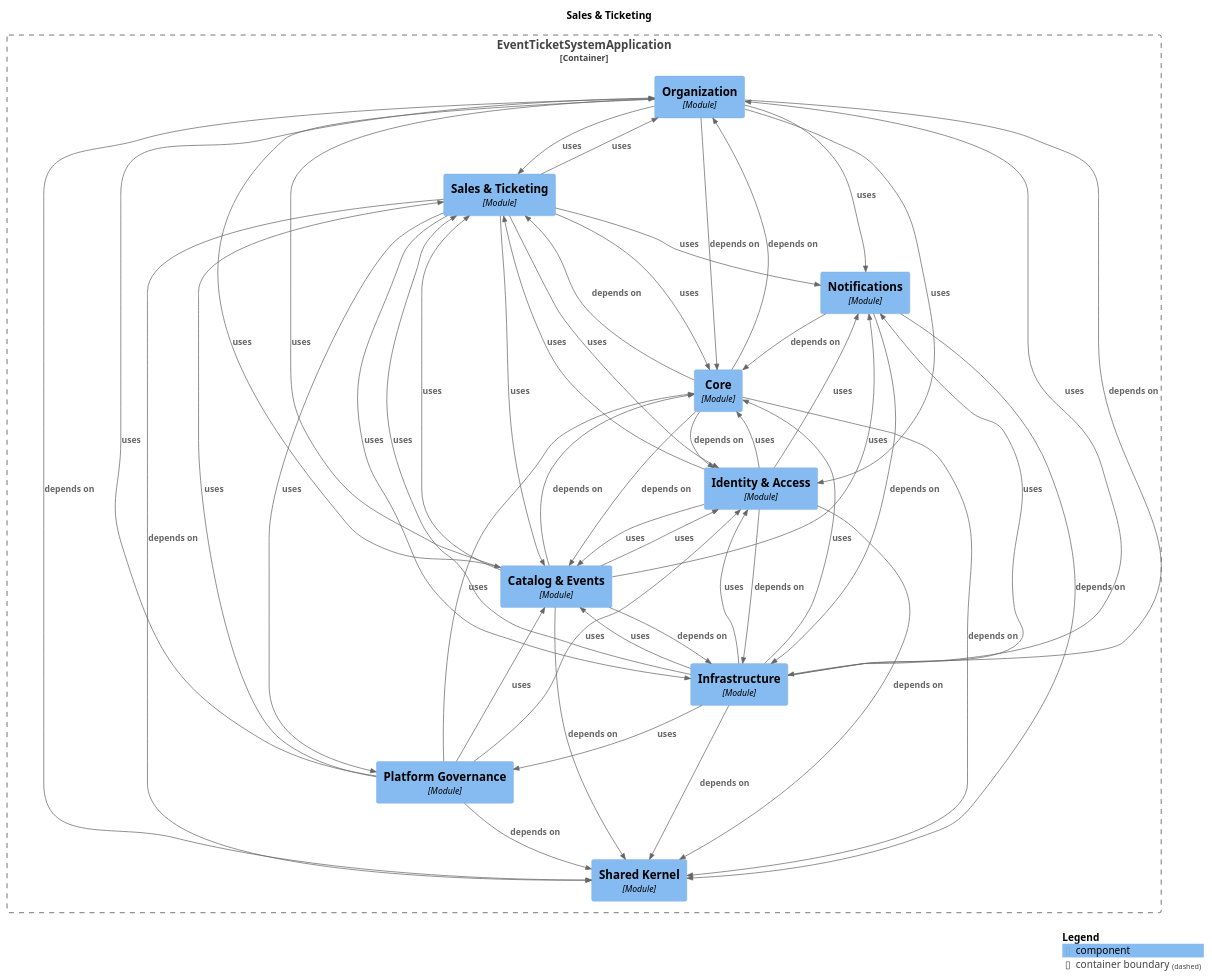
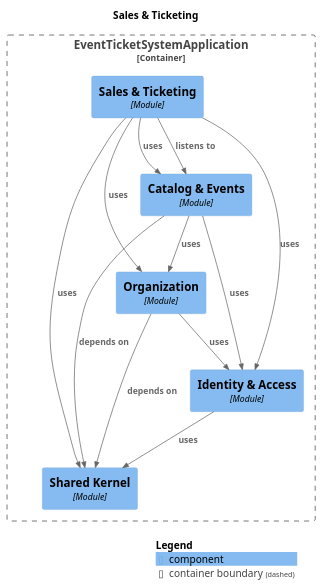
One commit to NaimElijah/Ticketeer changed the diagram in docs/architecture/module-sales.puml. Above: the diagram before and after it, drawn with PlantUML. The commit also changed 566 other files, not shown here.

```diff
--- a/docs/architecture/module-sales.puml
+++ b/docs/architecture/module-sales.puml
@@ -1,75 +1,32 @@
 @startuml
 set separator none
 title Sales & Ticketing
 
 top to bottom direction
 
 !include <C4/C4>
 !include <C4/C4_Context>
 !include <C4/C4_Component>
 
 Container_Boundary("EventTicketSystemApplication.EventTicketSystemApplication_boundary", "EventTicketSystemApplication", $tags="") {
+  Component(EventTicketSystemApplication.EventTicketSystemApplication.SharedKernel, "Shared Kernel", $techn="Module", $descr="", $tags="", $link="")
+  Component(EventTicketSystemApplication.EventTicketSystemApplication.IdentityAccess, "Identity & Access", $techn="Module", $descr="", $tags="", $link="")
   Component(EventTicketSystemApplication.EventTicketSystemApplication.Organization, "Organization", $techn="Module", $descr="", $tags="", $link="")
+  Component(EventTicketSystemApplication.EventTicketSystemApplication.CatalogEvents, "Catalog & Events", $techn="Module", $descr="", $tags="", $link="")
   Component(EventTicketSystemApplication.EventTicketSystemApplication.SalesTicketing, "Sales & Ticketing", $techn="Module", $descr="", $tags="", $link="")
-  Component(EventTicketSystemApplication.EventTicketSystemApplication.SharedKernel, "Shared Kernel", $techn="Module", $descr="", $tags="", $link="")
-  Component(EventTicketSystemApplication.EventTicketSystemApplication.Core, "Core", $techn="Module", $descr="", $tags="", $link="")
-  Component(EventTicketSystemApplication.EventTicketSystemApplication.Infrastructure, "Infrastructure", $techn="Module", $descr="", $tags="", $link="")
-  Component(EventTicketSystemApplication.EventTicketSystemApplication.CatalogEvents, "Catalog & Events", $techn="Module", $descr="", $tags="", $link="")
-  Component(EventTicketSystemApplication.EventTicketSystemApplication.PlatformGovernance, "Platform Governance", $techn="Module", $descr="", $tags="", $link="")
-  Component(EventTicketSystemApplication.EventTicketSystemApplication.IdentityAccess, "Identity & Access", $techn="Module", $descr="", $tags="", $link="")
-  Component(EventTicketSystemApplication.EventTicketSystemApplication.Notifications, "Notifications", $techn="Module", $descr="", $tags="", $link="")
 }
 
+Rel(EventTicketSystemApplication.EventTicketSystemApplication.CatalogEvents, EventTicketSystemApplication.EventTicketSystemApplication.SharedKernel, "depends on", $techn="", $tags="", $link="")
+Rel(EventTicketSystemApplication.EventTicketSystemApplication.CatalogEvents, EventTicketSystemApplication.EventTicketSystemApplication.IdentityAccess, "uses", $techn="", $tags="", $link="")
+Rel(EventTicketSystemApplication.EventTicketSystemApplication.CatalogEvents, EventTicketSystemApplication.EventTicketSystemApplication.Organization, "uses", $techn="", $tags="", $link="")
+Rel(EventTicketSystemApplication.EventTicketSystemApplication.SalesTicketing, EventTicketSystemApplication.EventTicketSystemApplication.CatalogEvents, "listens to", $techn="", $tags="", $link="")
+Rel(EventTicketSystemApplication.EventTicketSystemApplication.SalesTicketing, EventTicketSystemApplication.EventTicketSystemApplication.SharedKernel, "uses", $techn="", $tags="", $link="")
 Rel(EventTicketSystemApplication.EventTicketSystemApplication.SalesTicketing, EventTicketSystemApplication.EventTicketSystemApplication.CatalogEvents, "uses", $techn="", $tags="", $link="")
-Rel(EventTicketSystemApplication.EventTicketSystemApplication.SalesTicketing, EventTicketSystemApplication.EventTicketSystemApplication.Notifications, "uses", $techn="", $tags="", $link="")
 Rel(EventTicketSystemApplication.EventTicketSystemApplication.SalesTicketing, EventTicketSystemApplication.EventTicketSystemApplication.IdentityAccess, "uses", $techn="", $tags="", $link="")
 Rel(EventTicketSystemApplication.EventTicketSystemApplication.SalesTicketing, EventTicketSystemApplication.EventTicketSystemApplication.Organization, "uses", $techn="", $tags="", $link="")
-Rel(EventTicketSystemApplication.EventTicketSystemApplication.SalesTicketing, EventTicketSystemApplication.EventTicketSystemApplication.PlatformGovernance, "uses", $techn="", $tags="", $link="")
-Rel(EventTicketSystemApplication.EventTicketSystemApplication.SalesTicketing, EventTicketSystemApplication.EventTicketSystemApplication.Core, "uses", $techn="", $tags="", $link="")
-Rel(EventTicketSystemApplication.EventTicketSystemApplication.IdentityAccess, EventTicketSystemApplication.EventTicketSystemApplication.SharedKernel, "depends on", $techn="", $tags="", $link="")
-Rel(EventTicketSystemApplication.EventTicketSystemApplication.IdentityAccess, EventTicketSystemApplication.EventTicketSystemApplication.Infrastructure, "depends on", $techn="", $tags="", $link="")
-Rel(EventTicketSystemApplication.EventTicketSystemApplication.IdentityAccess, EventTicketSystemApplication.EventTicketSystemApplication.SalesTicketing, "uses", $techn="", $tags="", $link="")
-Rel(EventTicketSystemApplication.EventTicketSystemApplication.IdentityAccess, EventTicketSystemApplication.EventTicketSystemApplication.Notifications, "uses", $techn="", $tags="", $link="")
-Rel(EventTicketSystemApplication.EventTicketSystemApplication.IdentityAccess, EventTicketSystemApplication.EventTicketSystemApplication.Core, "uses", $techn="", $tags="", $link="")
-Rel(EventTicketSystemApplication.EventTicketSystemApplication.IdentityAccess, EventTicketSystemApplication.EventTicketSystemApplication.CatalogEvents, "uses", $techn="", $tags="", $link="")
+Rel(EventTicketSystemApplication.EventTicketSystemApplication.IdentityAccess, EventTicketSystemApplication.EventTicketSystemApplication.SharedKernel, "uses", $techn="", $tags="", $link="")
 Rel(EventTicketSystemApplication.EventTicketSystemApplication.Organization, EventTicketSystemApplication.EventTicketSystemApplication.SharedKernel, "depends on", $techn="", $tags="", $link="")
-Rel(EventTicketSystemApplication.EventTicketSystemApplication.Organization, EventTicketSystemApplication.EventTicketSystemApplication.Infrastructure, "depends on", $techn="", $tags="", $link="")
-Rel(EventTicketSystemApplication.EventTicketSystemApplication.Organization, EventTicketSystemApplication.EventTicketSystemApplication.Core, "depends on", $techn="", $tags="", $link="")
-Rel(EventTicketSystemApplication.EventTicketSystemApplication.Organization, EventTicketSystemApplication.EventTicketSystemApplication.CatalogEvents, "uses", $techn="", $tags="", $link="")
-Rel(EventTicketSystemApplication.EventTicketSystemApplication.Organization, EventTicketSystemApplication.EventTicketSystemApplication.SalesTicketing, "uses", $techn="", $tags="", $link="")
 Rel(EventTicketSystemApplication.EventTicketSystemApplication.Organization, EventTicketSystemApplication.EventTicketSystemApplication.IdentityAccess, "uses", $techn="", $tags="", $link="")
-Rel(EventTicketSystemApplication.EventTicketSystemApplication.Organization, EventTicketSystemApplication.EventTicketSystemApplication.Notifications, "uses", $techn="", $tags="", $link="")
-Rel(EventTicketSystemApplication.EventTicketSystemApplication.Core, EventTicketSystemApplication.EventTicketSystemApplication.CatalogEvents, "depends on", $techn="", $tags="", $link="")
-Rel(EventTicketSystemApplication.EventTicketSystemApplication.Core, EventTicketSystemApplication.EventTicketSystemApplication.SalesTicketing, "depends on", $techn="", $tags="", $link="")
-Rel(EventTicketSystemApplication.EventTicketSystemApplication.Core, EventTicketSystemApplication.EventTicketSystemApplication.Organization, "depends on", $techn="", $tags="", $link="")
-Rel(EventTicketSystemApplication.EventTicketSystemApplication.Core, EventTicketSystemApplication.EventTicketSystemApplication.IdentityAccess, "depends on", $techn="", $tags="", $link="")
-Rel(EventTicketSystemApplication.EventTicketSystemApplication.Core, EventTicketSystemApplication.EventTicketSystemApplication.SharedKernel, "depends on", $techn="", $tags="", $link="")
-Rel(EventTicketSystemApplication.EventTicketSystemApplication.PlatformGovernance, EventTicketSystemApplication.EventTicketSystemApplication.SharedKernel, "depends on", $techn="", $tags="", $link="")
-Rel(EventTicketSystemApplication.EventTicketSystemApplication.PlatformGovernance, EventTicketSystemApplication.EventTicketSystemApplication.IdentityAccess, "uses", $techn="", $tags="", $link="")
-Rel(EventTicketSystemApplication.EventTicketSystemApplication.PlatformGovernance, EventTicketSystemApplication.EventTicketSystemApplication.SalesTicketing, "uses", $techn="", $tags="", $link="")
-Rel(EventTicketSystemApplication.EventTicketSystemApplication.PlatformGovernance, EventTicketSystemApplication.EventTicketSystemApplication.CatalogEvents, "uses", $techn="", $tags="", $link="")
-Rel(EventTicketSystemApplication.EventTicketSystemApplication.PlatformGovernance, EventTicketSystemApplication.EventTicketSystemApplication.Organization, "uses", $techn="", $tags="", $link="")
-Rel(EventTicketSystemApplication.EventTicketSystemApplication.PlatformGovernance, EventTicketSystemApplication.EventTicketSystemApplication.Core, "uses", $techn="", $tags="", $link="")
-Rel(EventTicketSystemApplication.EventTicketSystemApplication.Notifications, EventTicketSystemApplication.EventTicketSystemApplication.Infrastructure, "depends on", $techn="", $tags="", $link="")
-Rel(EventTicketSystemApplication.EventTicketSystemApplication.Notifications, EventTicketSystemApplication.EventTicketSystemApplication.SharedKernel, "depends on", $techn="", $tags="", $link="")
-Rel(EventTicketSystemApplication.EventTicketSystemApplication.Notifications, EventTicketSystemApplication.EventTicketSystemApplication.Core, "depends on", $techn="", $tags="", $link="")
-Rel(EventTicketSystemApplication.EventTicketSystemApplication.CatalogEvents, EventTicketSystemApplication.EventTicketSystemApplication.Core, "depends on", $techn="", $tags="", $link="")
-Rel(EventTicketSystemApplication.EventTicketSystemApplication.CatalogEvents, EventTicketSystemApplication.EventTicketSystemApplication.SharedKernel, "depends on", $techn="", $tags="", $link="")
-Rel(EventTicketSystemApplication.EventTicketSystemApplication.CatalogEvents, EventTicketSystemApplication.EventTicketSystemApplication.Infrastructure, "depends on", $techn="", $tags="", $link="")
-Rel(EventTicketSystemApplication.EventTicketSystemApplication.CatalogEvents, EventTicketSystemApplication.EventTicketSystemApplication.IdentityAccess, "uses", $techn="", $tags="", $link="")
-Rel(EventTicketSystemApplication.EventTicketSystemApplication.CatalogEvents, EventTicketSystemApplication.EventTicketSystemApplication.Organization, "uses", $techn="", $tags="", $link="")
-Rel(EventTicketSystemApplication.EventTicketSystemApplication.CatalogEvents, EventTicketSystemApplication.EventTicketSystemApplication.SalesTicketing, "uses", $techn="", $tags="", $link="")
-Rel(EventTicketSystemApplication.EventTicketSystemApplication.CatalogEvents, EventTicketSystemApplication.EventTicketSystemApplication.Notifications, "uses", $techn="", $tags="", $link="")
-Rel(EventTicketSystemApplication.EventTicketSystemApplication.Infrastructure, EventTicketSystemApplication.EventTicketSystemApplication.SharedKernel, "depends on", $techn="", $tags="", $link="")
-Rel(EventTicketSystemApplication.EventTicketSystemApplication.Infrastructure, EventTicketSystemApplication.EventTicketSystemApplication.PlatformGovernance, "uses", $techn="", $tags="", $link="")
-Rel(EventTicketSystemApplication.EventTicketSystemApplication.Infrastructure, EventTicketSystemApplication.EventTicketSystemApplication.SalesTicketing, "uses", $techn="", $tags="", $link="")
-Rel(EventTicketSystemApplication.EventTicketSystemApplication.Infrastructure, EventTicketSystemApplication.EventTicketSystemApplication.CatalogEvents, "uses", $techn="", $tags="", $link="")
-Rel(EventTicketSystemApplication.EventTicketSystemApplication.Infrastructure, EventTicketSystemApplication.EventTicketSystemApplication.Organization, "uses", $techn="", $tags="", $link="")
-Rel(EventTicketSystemApplication.EventTicketSystemApplication.Infrastructure, EventTicketSystemApplication.EventTicketSystemApplication.Notifications, "uses", $techn="", $tags="", $link="")
-Rel(EventTicketSystemApplication.EventTicketSystemApplication.Infrastructure, EventTicketSystemApplication.EventTicketSystemApplication.IdentityAccess, "uses", $techn="", $tags="", $link="")
-Rel(EventTicketSystemApplication.EventTicketSystemApplication.Infrastructure, EventTicketSystemApplication.EventTicketSystemApplication.Core, "uses", $techn="", $tags="", $link="")
-Rel(EventTicketSystemApplication.EventTicketSystemApplication.SalesTicketing, EventTicketSystemApplication.EventTicketSystemApplication.SharedKernel, "depends on", $techn="", $tags="", $link="")
-Rel(EventTicketSystemApplication.EventTicketSystemApplication.SalesTicketing, EventTicketSystemApplication.EventTicketSystemApplication.Infrastructure, "uses", $techn="", $tags="", $link="")
 
 SHOW_LEGEND(true)
 @enduml
```
